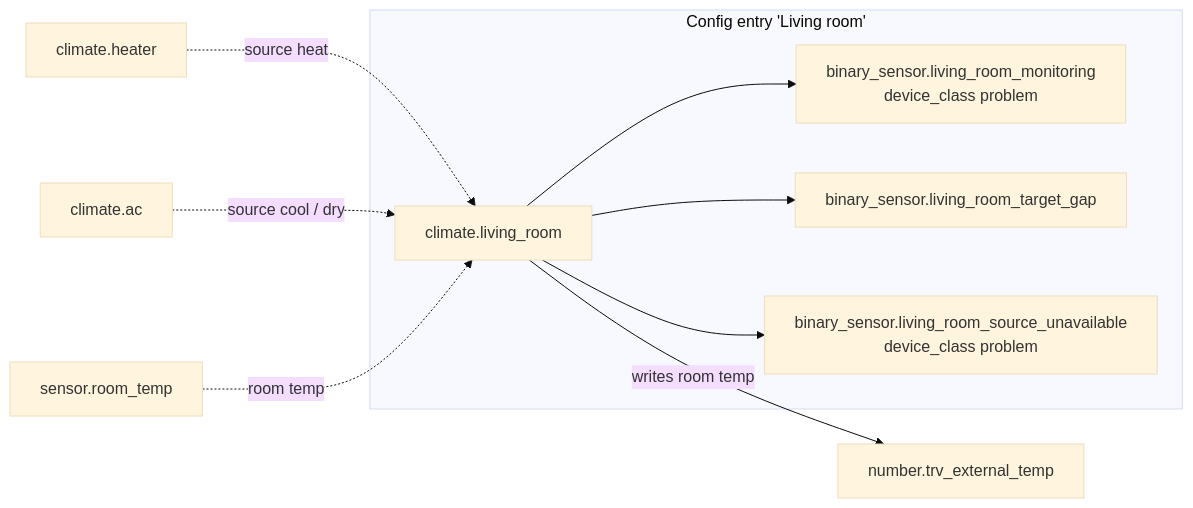
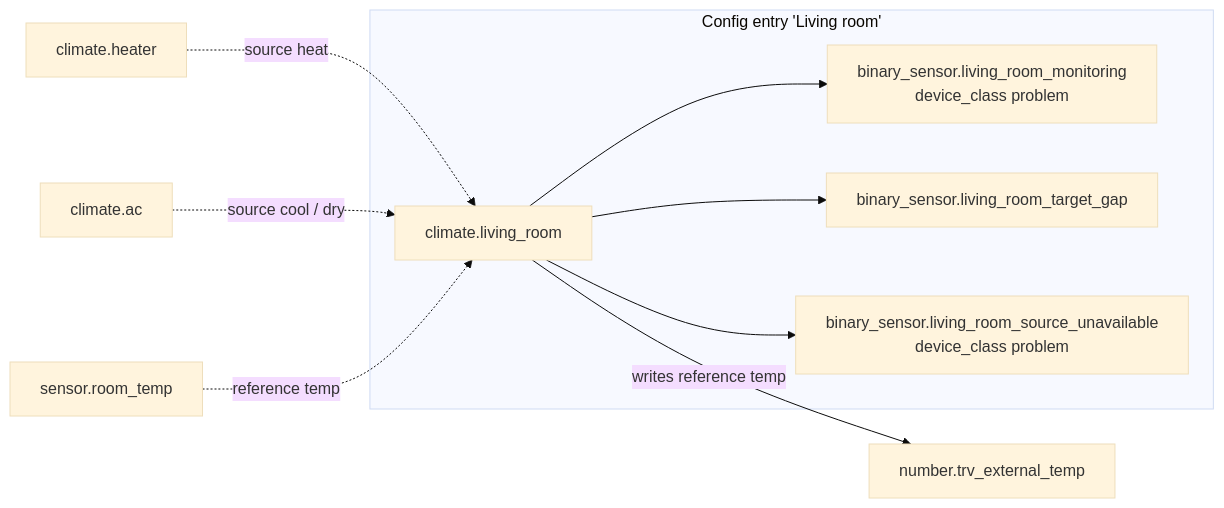
Diagram 12 of 16 in SPEC.md (marsoupilami25/adaptative-climate), drawn with Mermaid (base theme) before and after one commit. The commit also changed other lines of this file, not shown here.

````diff
--- a/SPEC.md
+++ b/SPEC.md
@@ -1082,14 +1570,14 @@
 ```mermaid
 flowchart LR
     subgraph Entry["Config entry 'Living room'"]
         C[climate.living_room]
         M[binary_sensor.living_room_monitoring<br/>device_class problem]
         G[binary_sensor.living_room_target_gap]
         U[binary_sensor.living_room_source_unavailable<br/>device_class problem]
     end
     S1[climate.heater] -. source heat .-> C
     S2[climate.ac] -. source cool / dry .-> C
-    T[sensor.room_temp] -. room temp .-> C
-    C -- writes room temp --> X[number.trv_external_temp]
+    T[sensor.room_temp] -. reference temp .-> C
+    C -- writes reference temp --> X[number.trv_external_temp]
     C --> M & G & U
 ```
````
